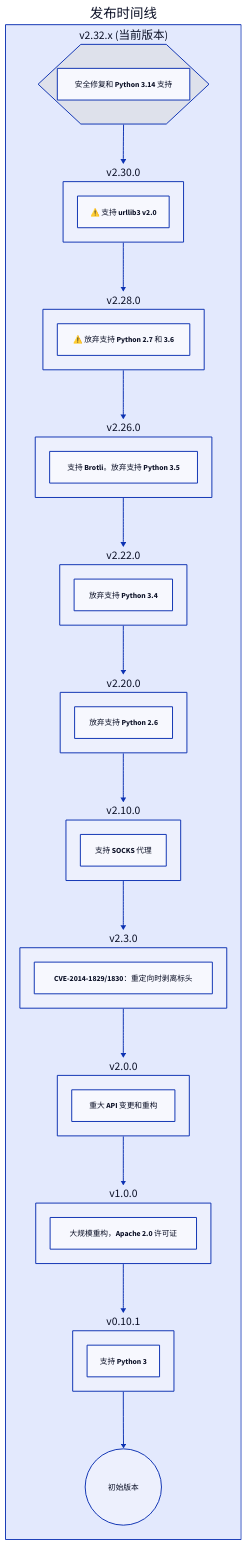
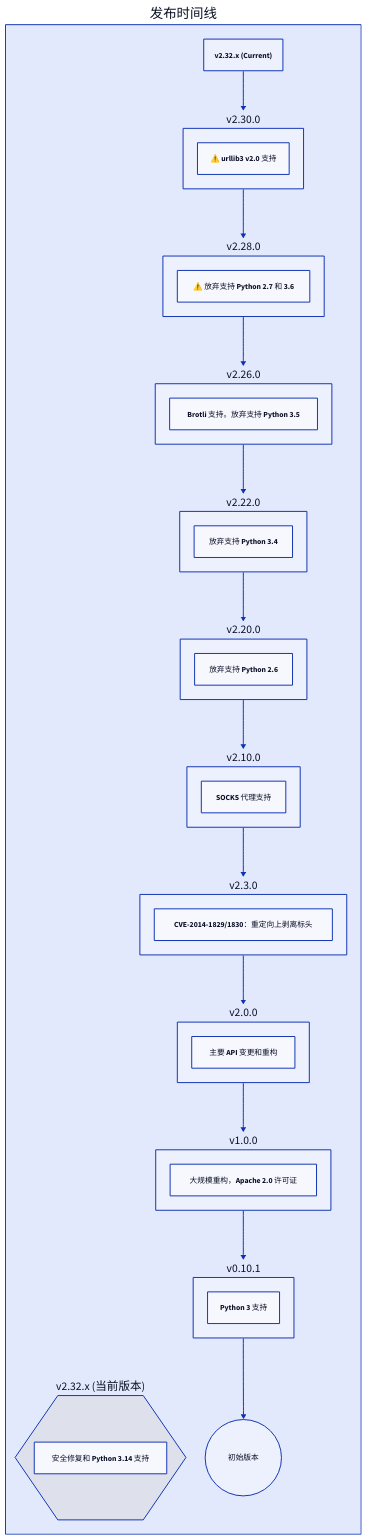
Before and after one commit to lban2049/requests: the diagram in .aigne/doc-smith/docs/community-changelog.zh.md, drawn with D2. The commit also changed other lines of this file and 31 other files, not shown here.

````diff
--- a/.aigne/doc-smith/docs/community-changelog.zh.md
+++ b/.aigne/doc-smith/docs/community-changelog.zh.md
@@ -5,57 +5,57 @@
 ```d2
 direction: down
 
 "发布时间线": {
   "v2.32.x (当前版本)": {
     shape: hexagon
     "安全修复和 Python 3.14 支持"
   }
 
   "v2.30.0": {
-    "⚠️ 支持 urllib3 v2.0"
+    "⚠️ urllib3 v2.0 支持"
   }
 
   "v2.28.0": {
     "⚠️ 放弃支持 Python 2.7 和 3.6"
   }
 
   "v2.26.0": {
-    "支持 Brotli。放弃支持 Python 3.5"
+    "Brotli 支持。放弃支持 Python 3.5"
   }
 
   "v2.22.0": {
     "放弃支持 Python 3.4"
   }
   
   "v2.20.0": {
     "放弃支持 Python 2.6"
   }
 
   "v2.10.0": {
-    "支持 SOCKS 代理"
+    "SOCKS 代理支持"
   }
 
   "v2.3.0": {
-    "CVE-2014-1829/1830：重定向时剥离标头"
+    "CVE-2014-1829/1830：重定向上剥离标头"
   }
 
   "v2.0.0": {
-    "重大 API 变更和重构"
+    "主要 API 变更和重构"
   }
 
   "v1.0.0": {
     "大规模重构，Apache 2.0 许可证"
   }
   
   "v0.10.1": {
-    "支持 Python 3"
+    "Python 3 支持"
   }
 
   "v0.2.0 (2011-02-14)": {
     label: "初始版本"
     shape: circle
   }
 
-  "v2.32.x (当前版本)" -> "v2.30.0" -> "v2.28.0" -> "v2.26.0" -> "v2.22.0" -> "v2.20.0" -> "v2.10.0" -> "v2.3.0" -> "v2.0.0" -> "v1.0.0" -> "v0.10.1" -> "v0.2.0 (2011-02-14)"
+  "v2.32.x (Current)" -> "v2.30.0" -> "v2.28.0" -> "v2.26.0" -> "v2.22.0" -> "v2.20.0" -> "v2.10.0" -> "v2.3.0" -> "v2.0.0" -> "v1.0.0" -> "v0.10.1" -> "v0.2.0 (2011-02-14)"
 }
 ```
````
